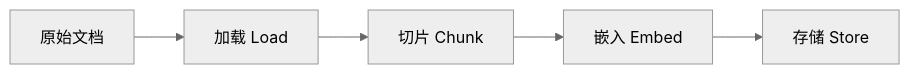
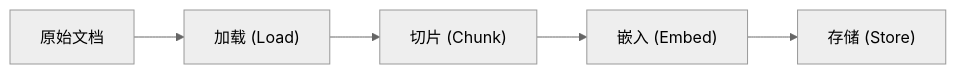
One commit to yeasy/agentic_ai_guide changed the second of 3 diagrams in 03_memory/3.1_memory_models.md. Above: the diagram before and after it, drawn with Mermaid (neutral theme). The commit also changed other lines of this file and 75 other files, not shown here.

````diff
--- a/03_memory/3.1_memory_models.md
+++ b/03_memory/3.1_memory_models.md
@@ -98,7 +98,7 @@
 ```mermaid
 graph LR
-    A["原始文档"] --> B["加载 Load"]
-    B --> C["切片 Chunk"]
-    C --> D["嵌入 Embed"]
-    D --> E["存储 Store"]
+    A["原始文档"] --> B["加载 (Load)"]
+    B --> C["切片 (Chunk)"]
+    C --> D["嵌入 (Embed)"]
+    D --> E["存储 (Store)"]
 ```
````
